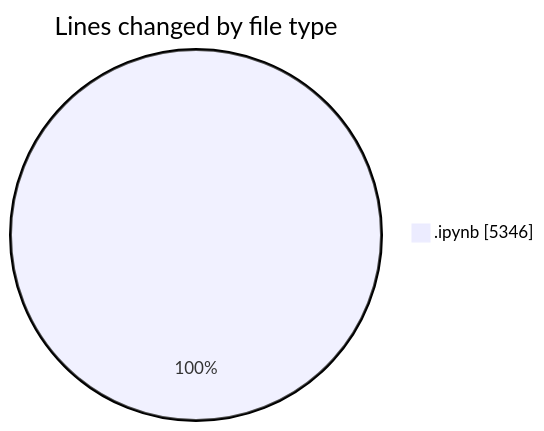
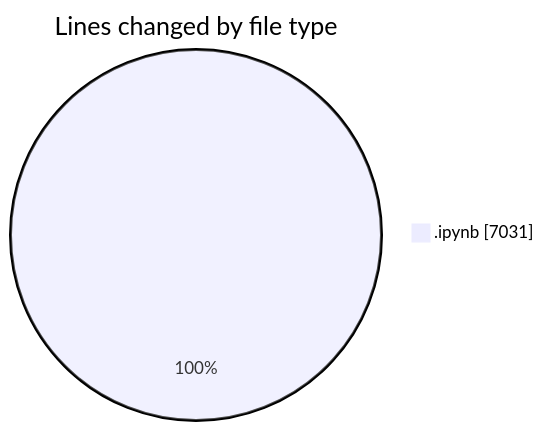
The first of 2 diagrams in 2025-05-07/myws__workspace_/README.md (MatusMokan/code-tracking), drawn with Mermaid before and after one commit. The commit also changed other lines of this file and 1 other file, not shown here.

````diff
--- a/2025-05-07/myws__workspace_/README.md
+++ b/2025-05-07/myws__workspace_/README.md
@@ -20,5 +20,5 @@
 ```mermaid
 pie showData
 title Lines changed by file type
-".ipynb" : 5346
+".ipynb" : 7031
 ```
````
